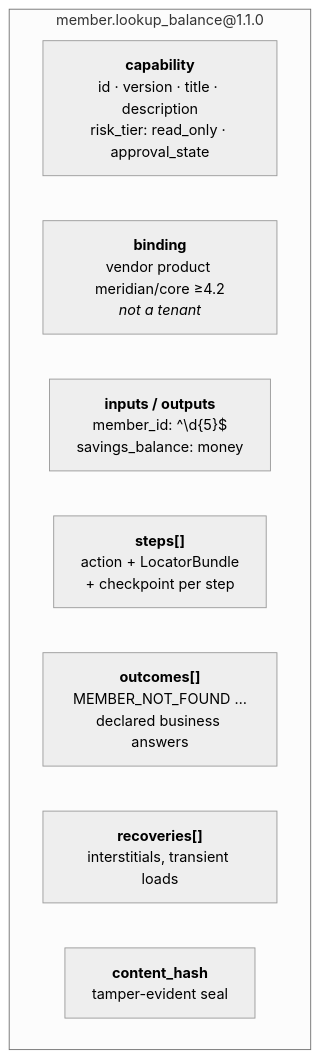
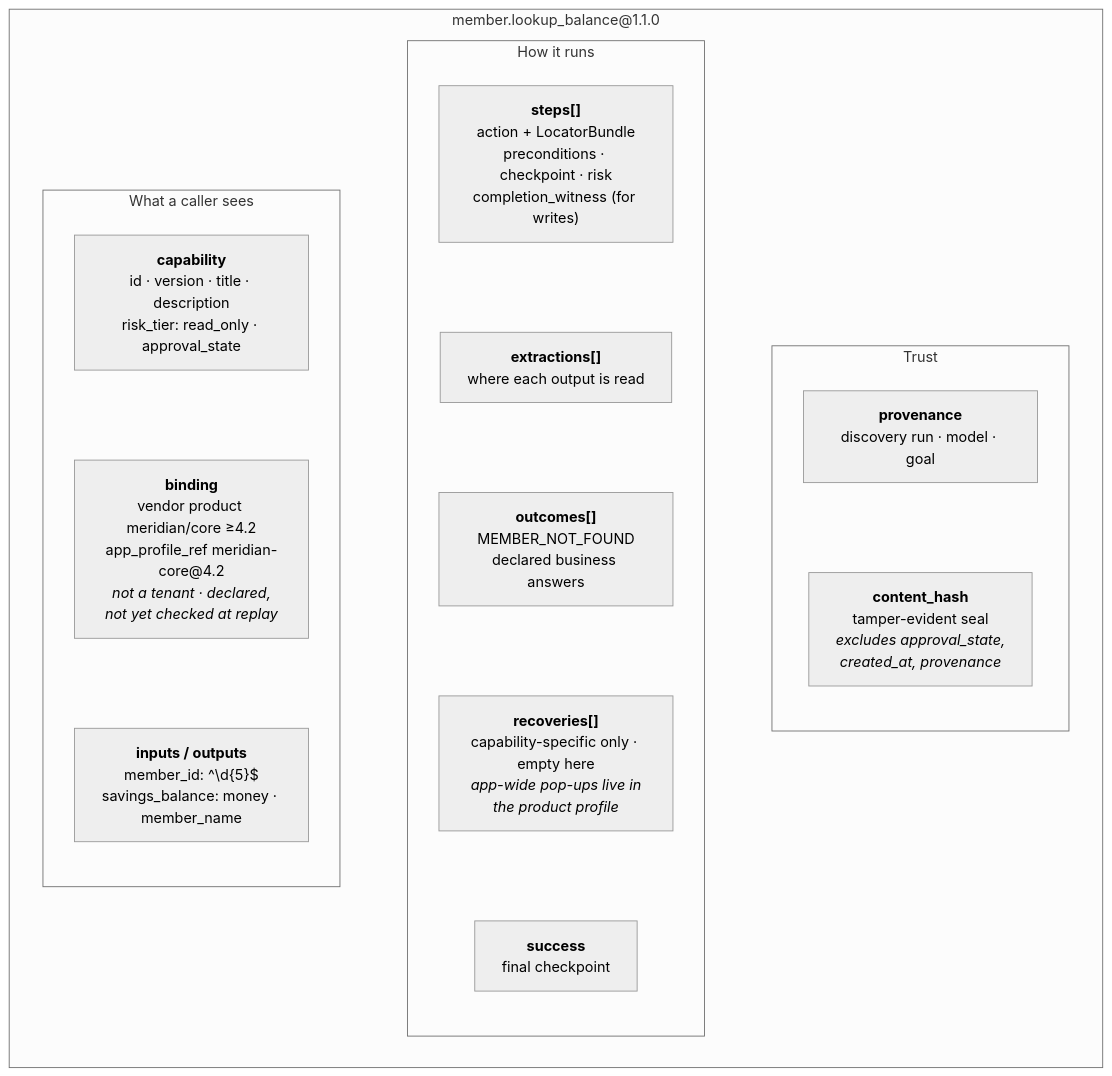
One commit to omkarkorde27/automation-assessment changed the fourth of 9 diagrams in README.md. Above: the diagram before and after it, drawn with Mermaid (neutral theme). The commit also changed other lines of this file, not shown here.

````diff
--- a/README.md
+++ b/README.md
@@ -189,12 +194,29 @@
 ```mermaid
-flowchart TB
+flowchart LR
     subgraph ART["member.lookup_balance@1.1.0"]
-        META["<b>capability</b><br/>id · version · title · description<br/>risk_tier: read_only · approval_state"]
-        BIND["<b>binding</b><br/>vendor product meridian/core ≥4.2<br/><i>not a tenant</i>"]
-        IO["<b>inputs / outputs</b><br/>member_id: ^\d{5}$<br/>savings_balance: money"]
-        STEPS["<b>steps[]</b><br/>action + LocatorBundle<br/>+ checkpoint per step"]
-        OUT["<b>outcomes[]</b><br/>MEMBER_NOT_FOUND …<br/>declared business answers"]
-        REC["<b>recoveries[]</b><br/>interstitials, transient loads"]
-        HASH["<b>content_hash</b><br/>tamper-evident seal"]
+        direction LR
+        subgraph WHAT["What a caller sees"]
+            direction TB
+            META["<b>capability</b><br/>id · version · title · description<br/>risk_tier: read_only · approval_state"]
+            BIND["<b>binding</b><br/>vendor product meridian/core ≥4.2<br/>app_profile_ref meridian-core@4.2<br/><i>not a tenant · declared,<br/>not yet checked at replay</i>"]
+            IO["<b>inputs / outputs</b><br/>member_id: ^\d{5}$<br/>savings_balance: money · member_name"]
+            META ~~~ BIND ~~~ IO
+        end
+        subgraph HOW["How it runs"]
+            direction TB
+            STEPS["<b>steps[]</b><br/>action + LocatorBundle<br/>preconditions · checkpoint · risk<br/>completion_witness (for writes)"]
+            EXT["<b>extractions[]</b><br/>where each output is read"]
+            OUT["<b>outcomes[]</b><br/>MEMBER_NOT_FOUND<br/>declared business answers"]
+            REC["<b>recoveries[]</b><br/>capability-specific only · empty here<br/><i>app-wide pop-ups live in<br/>the product profile</i>"]
+            SUCC["<b>success</b><br/>final checkpoint"]
+            STEPS ~~~ EXT ~~~ OUT ~~~ REC ~~~ SUCC
+        end
+        subgraph TRUST["Trust"]
+            direction TB
+            PROV["<b>provenance</b><br/>discovery run · model · goal"]
+            HASH["<b>content_hash</b><br/>tamper-evident seal<br/><i>excludes approval_state,<br/>created_at, provenance</i>"]
+            PROV ~~~ HASH
+        end
+        WHAT ~~~ HOW ~~~ TRUST
     end
 ```
````
